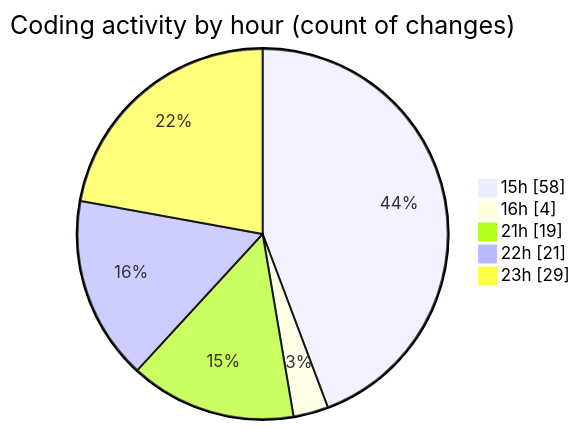
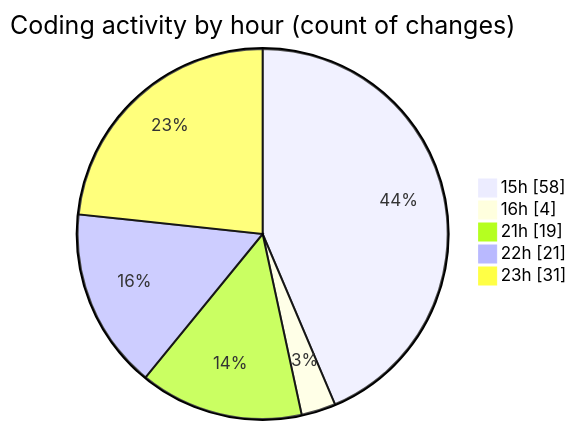
The second of 2 diagrams in 2026-01-22/cda-web-components/README.md (momahboobian/code-tracking), drawn with Mermaid before and after one commit. The commit also changed other lines of this file and 1 other file, not shown here.

````diff
--- a/2026-01-22/cda-web-components/README.md
+++ b/2026-01-22/cda-web-components/README.md
@@ -72,9 +72,9 @@
 ```mermaid
 pie showData
 title Coding activity by hour (count of changes)
 "15h" : 58
 "16h" : 4
 "21h" : 19
 "22h" : 21
-"23h" : 29
+"23h" : 31
 ```
````
